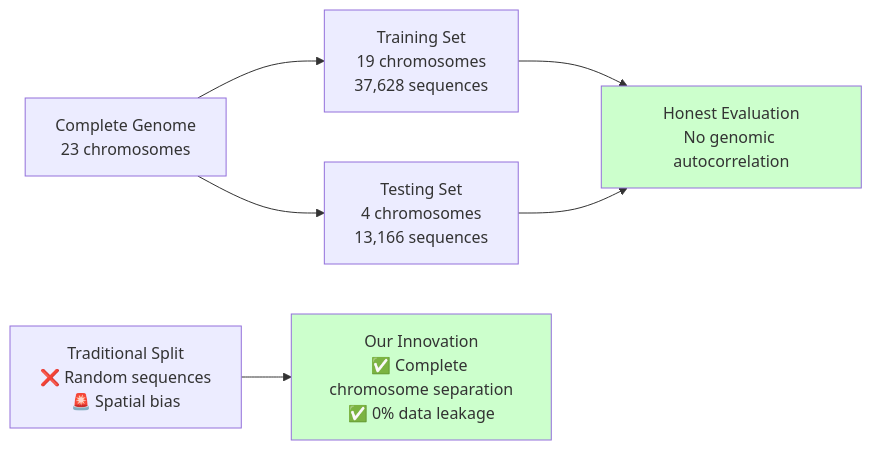
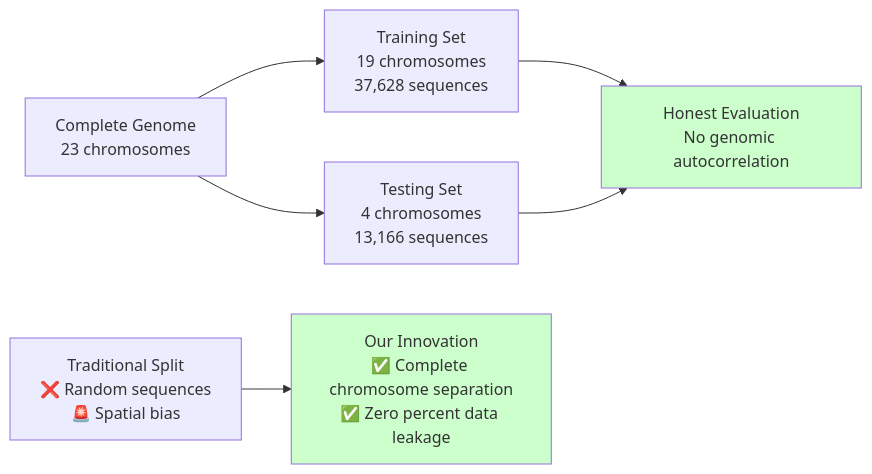
The fifth of 27 diagrams in slides/ctcf_pwm_presentation.md (iiyyll01lin/ctcf-predictor), drawn with Mermaid before and after one commit. The commit also changed other lines of this file, not shown here.

Commit message:
[slides] correct mermaid sytax error

````diff
--- a/slides/ctcf_pwm_presentation.md
+++ b/slides/ctcf_pwm_presentation.md
@@ -169,13 +169,12 @@
 ```mermaid
 graph LR
     A[Complete Genome<br/>23 chromosomes] --> B[Training Set<br/>19 chromosomes<br/>37,628 sequences]
     A --> C[Testing Set<br/>4 chromosomes<br/>13,166 sequences]
-    
-    D[Traditional Split<br/>❌ Random sequences<br/>🚨 Spatial bias] --> E[Our Innovation<br/>✅ Complete chromosome separation<br/>✅ 0% data leakage]
+    D[Traditional Split<br/>❌ Random sequences<br/>🚨 Spatial bias] --> E[Our Innovation<br/>✅ Complete chromosome separation<br/>✅ Zero percent data leakage]
     
     B --> F[Honest Evaluation<br/>No genomic autocorrelation]
     C --> F
     
     style E fill:#ccffcc
     style F fill:#ccffcc
 ```
````
